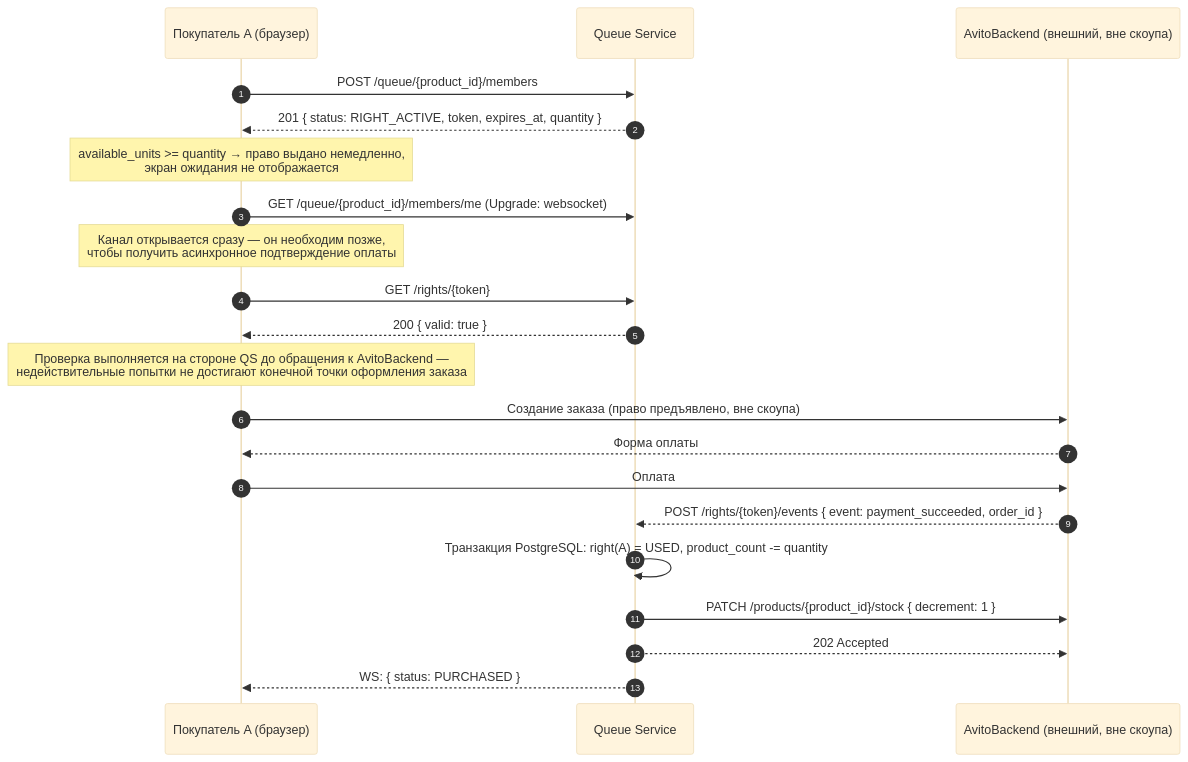
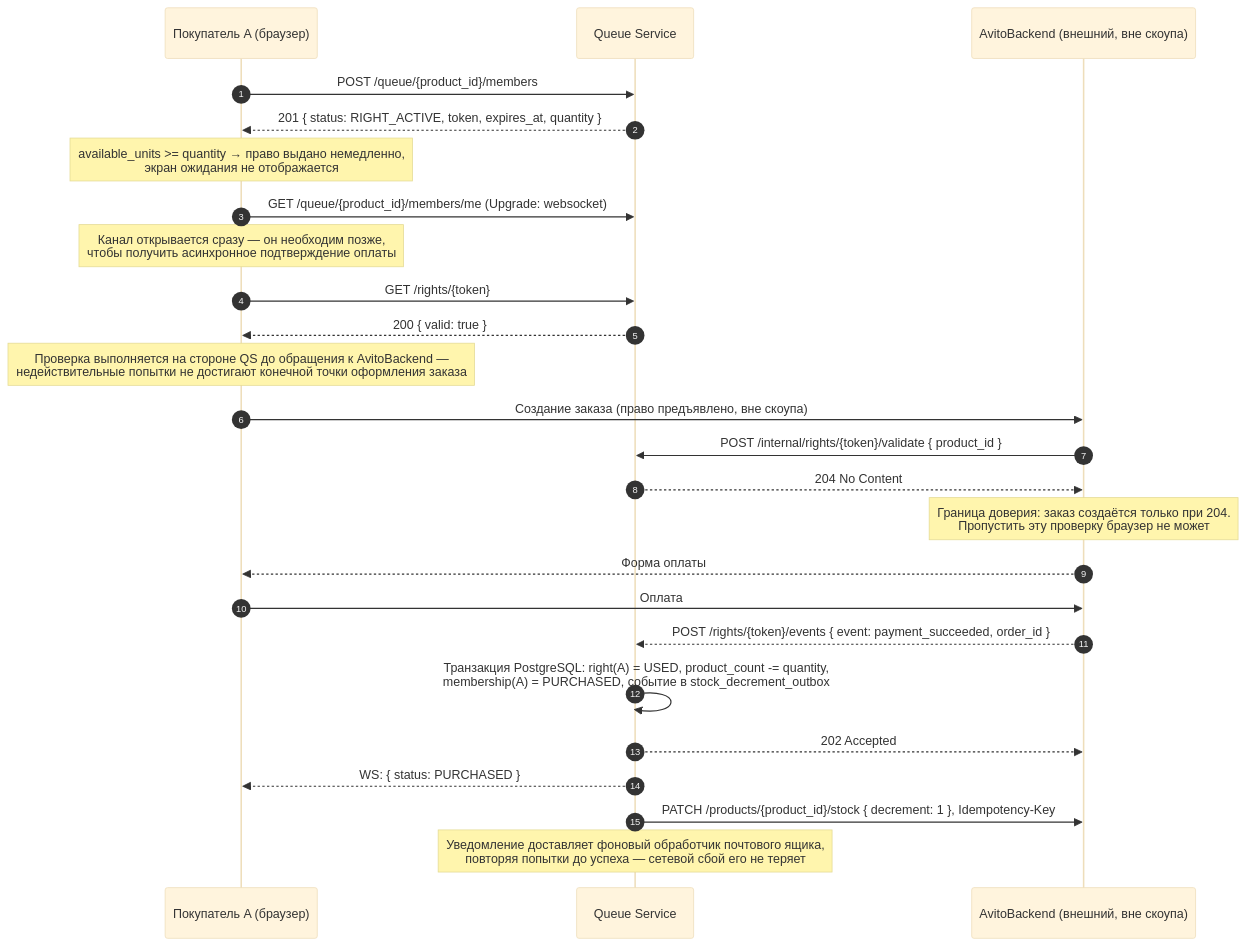
Before and after one commit to bigboynixxik/team-10-queue-serivce: the first of 4 diagrams in docs/diagrams.md, drawn with Mermaid (base theme). The commit also changed other lines of this file and 9 other files, not shown here.

````diff
--- a/docs/diagrams.md
+++ b/docs/diagrams.md
@@ -21,28 +25,34 @@
 ```mermaid
 sequenceDiagram
     autonumber
     participant A as Покупатель A (браузер)
     participant QS as Queue Service
     participant AB as AvitoBackend (внешний, вне скоупа)
 
     A->>QS: POST /queue/{product_id}/members
     QS-->>A: 201 { status: RIGHT_ACTIVE, token, expires_at, quantity }
     Note over A: available_units >= quantity → право выдано немедленно,<br/>экран ожидания не отображается
 
     A->>QS: GET /queue/{product_id}/members/me (Upgrade: websocket)
     Note over A: Канал открывается сразу — он необходим позже,<br/>чтобы получить асинхронное подтверждение оплаты
 
     A->>QS: GET /rights/{token}
     QS-->>A: 200 { valid: true }
     Note over A: Проверка выполняется на стороне QS до обращения к AvitoBackend —<br/>недействительные попытки не достигают конечной точки оформления заказа
 
     A->>AB: Создание заказа (право предъявлено, вне скоупа)
+    AB->>QS: POST /internal/rights/{token}/validate { product_id }
+    QS-->>AB: 204 No Content
+    Note over AB: Граница доверия: заказ создаётся только при 204.<br/>Пропустить эту проверку браузер не может
+
     AB-->>A: Форма оплаты
     A->>AB: Оплата
     AB-->>QS: POST /rights/{token}/events { event: payment_succeeded, order_id }
 
-    QS->>QS: Транзакция PostgreSQL: right(A) = USED, product_count -= quantity
-    QS->>AB: PATCH /products/{product_id}/stock { decrement: 1 }
+    QS->>QS: Транзакция PostgreSQL: right(A) = USED, product_count -= quantity,<br/>membership(A) = PURCHASED, событие в stock_decrement_outbox
     QS-->>AB: 202 Accepted
     QS-->>A: WS: { status: PURCHASED }
+
+    QS->>AB: PATCH /products/{product_id}/stock { decrement: 1 }, Idempotency-Key
+    Note over QS: Уведомление доставляет фоновый обработчик почтового ящика,<br/>повторяя попытки до успеха — сетевой сбой его не теряет
 ```
````
